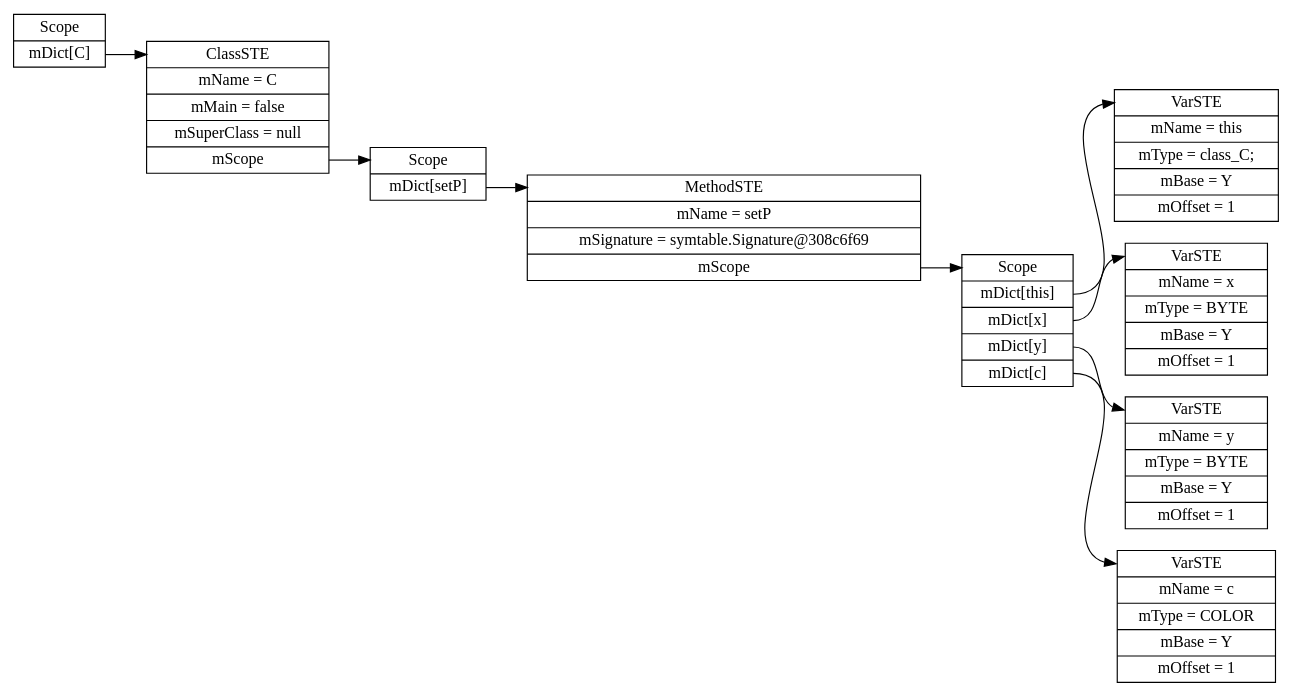
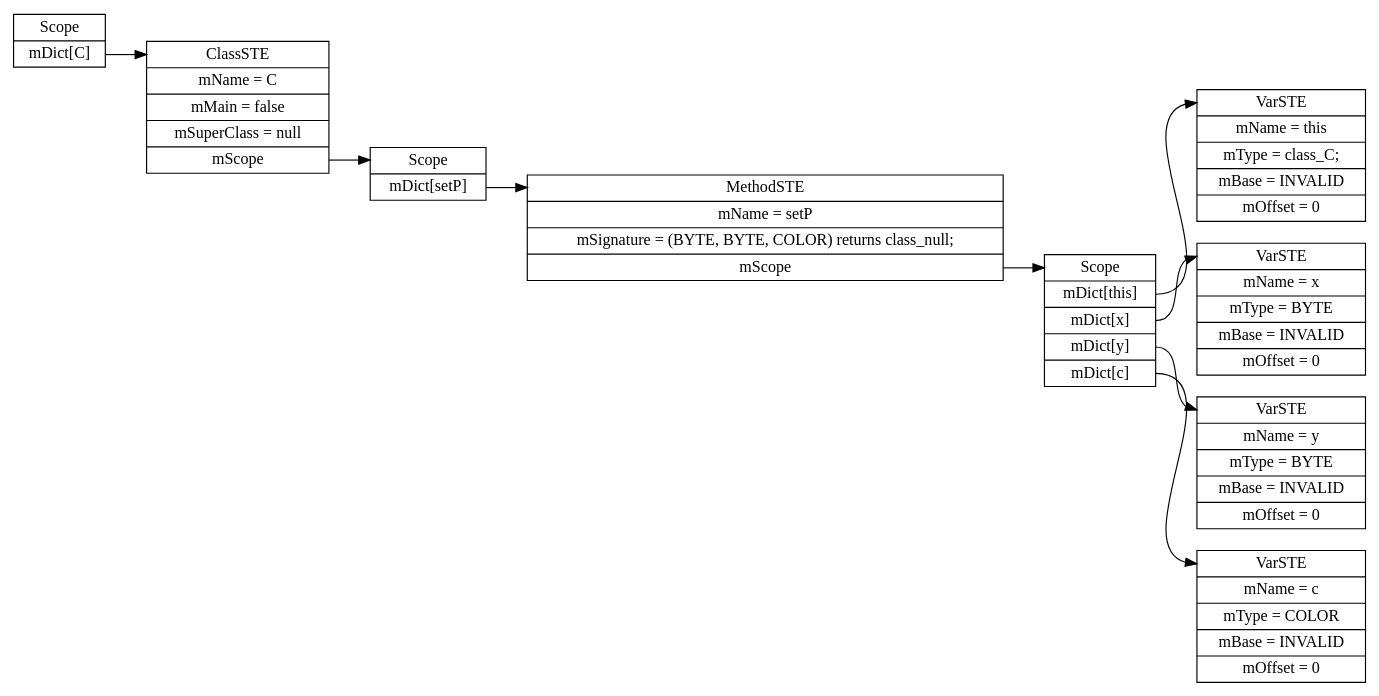
The diagram in PA4/PA4noDef.java.ST.dot (Ajith20/MeggyJava-compiler), drawn with Graphviz before and after one commit. The commit also changed 3 other files, not shown here.

```diff
--- a/PA4/PA4noDef.java.ST.dot
+++ b/PA4/PA4noDef.java.ST.dot
@@ -1,21 +1,21 @@
 digraph SymTable {
 	graph [rankdir="LR"];
 	node [shape=record];
 	0 [label=" <f0> Scope | <f1> mDict\[C\] "];
 	0:<f1> -> 1:<f0>;
 	1 [label=" <f0> ClassSTE | <f1> mName = C| <f2> mMain = false| <f3> mSuperClass = null| <f4> mScope "];
 	1:<f4> -> 2:<f0>;
 	2 [label=" <f0> Scope | <f1> mDict\[setP\] "];
 	2:<f1> -> 3:<f0>;
-	3 [label=" <f0> MethodSTE | <f1> mName = setP| <f2> mSignature = symtable.Signature@308c6f69| <f3> mScope "];
+	3 [label=" <f0> MethodSTE | <f1> mName = setP| <f2> mSignature = (BYTE, BYTE, COLOR) returns class_null;| <f3> mScope "];
 	3:<f3> -> 4:<f0>;
 	4 [label=" <f0> Scope | <f1> mDict\[this\] | <f2> mDict\[x\] | <f3> mDict\[y\] | <f4> mDict\[c\] "];
 	4:<f1> -> 5:<f0>;
-	5 [label=" <f0> VarSTE | <f1> mName = this| <f2> mType = class_C;| <f3> mBase = Y| <f4> mOffset = 1"];
+	5 [label=" <f0> VarSTE | <f1> mName = this| <f2> mType = class_C;| <f3> mBase = INVALID| <f4> mOffset = 0"];
 	4:<f2> -> 6:<f0>;
-	6 [label=" <f0> VarSTE | <f1> mName = x| <f2> mType = BYTE| <f3> mBase = Y| <f4> mOffset = 1"];
+	6 [label=" <f0> VarSTE | <f1> mName = x| <f2> mType = BYTE| <f3> mBase = INVALID| <f4> mOffset = 0"];
 	4:<f3> -> 7:<f0>;
-	7 [label=" <f0> VarSTE | <f1> mName = y| <f2> mType = BYTE| <f3> mBase = Y| <f4> mOffset = 1"];
+	7 [label=" <f0> VarSTE | <f1> mName = y| <f2> mType = BYTE| <f3> mBase = INVALID| <f4> mOffset = 0"];
 	4:<f4> -> 8:<f0>;
-	8 [label=" <f0> VarSTE | <f1> mName = c| <f2> mType = COLOR| <f3> mBase = Y| <f4> mOffset = 1"];
+	8 [label=" <f0> VarSTE | <f1> mName = c| <f2> mType = COLOR| <f3> mBase = INVALID| <f4> mOffset = 0"];
 }
```
